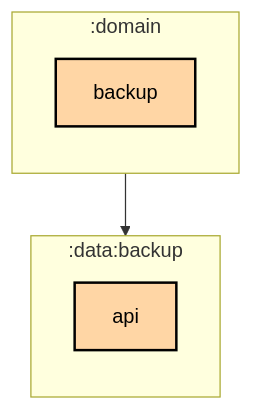
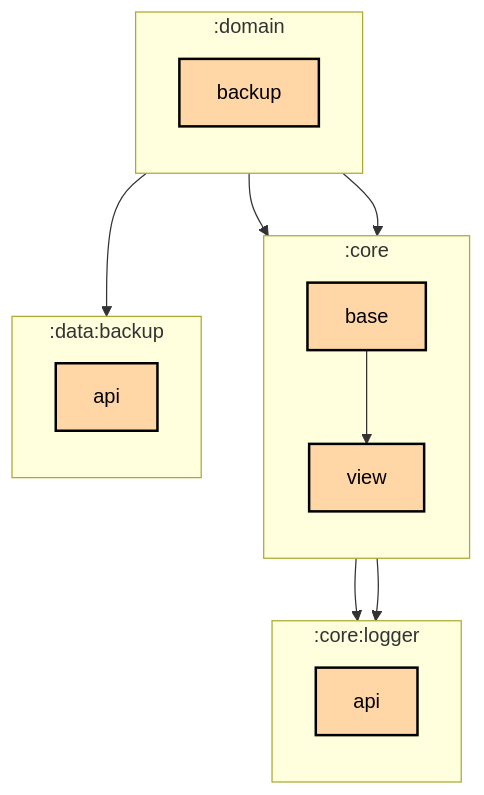
Before and after one commit to thomaskioko/tv-maniac: the first of 2 diagrams in domain/backup/README.md, drawn with Mermaid. The commit also changed 3 other files, not shown here.

Commit message:
Add a domain module that exports a backup

````diff
--- a/domain/backup/README.md
+++ b/domain/backup/README.md
@@ -6,19 +6,33 @@
 ```mermaid
 graph TB
+  subgraph :core
+    direction TB
+    :core:base[base]:::multiplatform
+    :core:view[view]:::multiplatform
+  end
+  subgraph :core:logger
+    direction TB
+    :core:logger:api[api]:::multiplatform
+  end
   subgraph :data:backup
     direction TB
     :data:backup:api[api]:::multiplatform
   end
   subgraph :domain
     direction TB
     :domain:backup[backup]:::multiplatform
   end
 
+  :core:base --> :core:logger:api
+  :core:base --> :core:view
+  :core:view --> :core:logger:api
+  :domain:backup --> :core:base
+  :domain:backup --> :core:view
   :domain:backup --> :data:backup:api
 
 classDef application fill:#CAFFBF,stroke:#000,stroke-width:2px,color:#000;
 classDef multiplatform fill:#FFD6A5,stroke:#000,stroke-width:2px,color:#000;
 classDef android-library fill:#9BF6FF,stroke:#000,stroke-width:2px,color:#000;
 classDef jvm-library fill:#BDB2FF,stroke:#000,stroke-width:2px,color:#000;
 classDef unknown fill:#FFADAD,stroke:#000,stroke-width:2px,color:#000;
 ```
````
